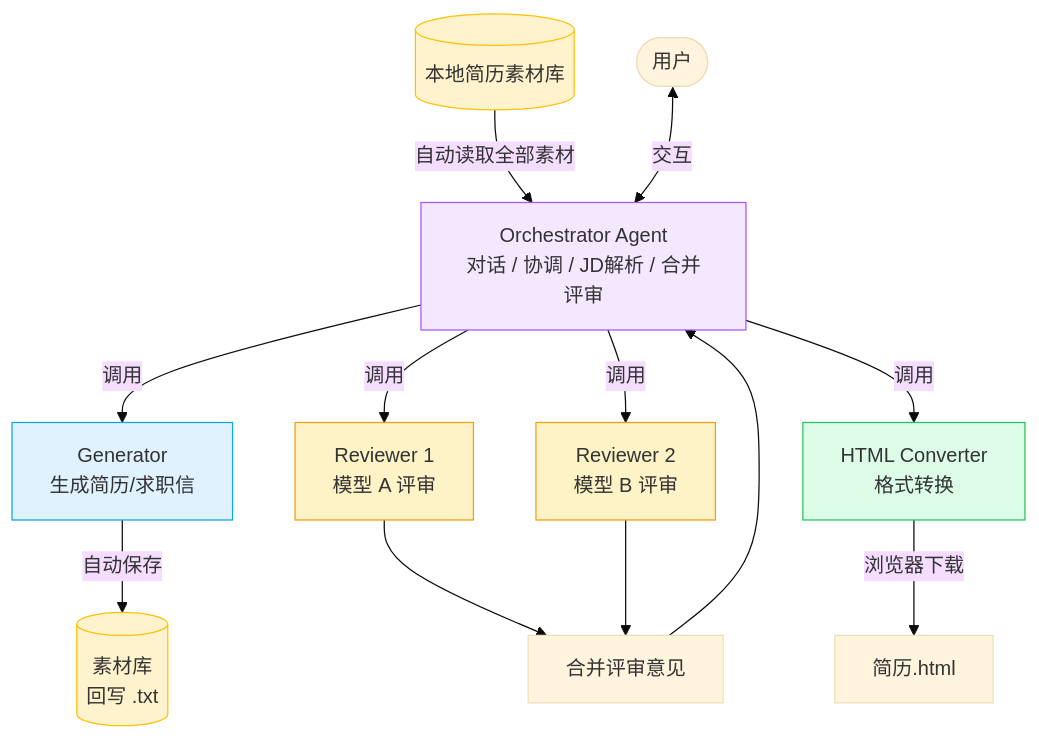
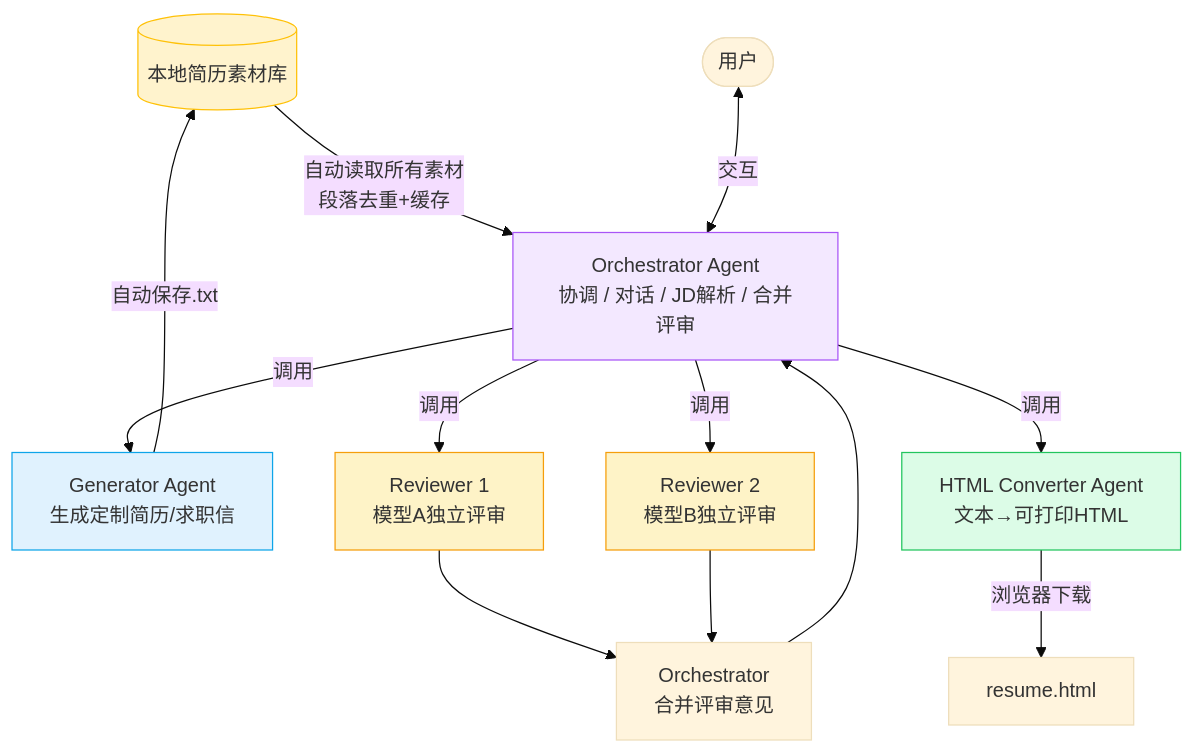
One commit to wukun2005-gif/resumeTailor changed the second of 8 diagrams in README.md. Above: the diagram before and after it, drawn with Mermaid (base theme). The commit also changed other lines of this file and 5 other files, not shown here.

````diff
--- a/README.md
+++ b/README.md
@@ -166,26 +134,25 @@
 ```mermaid
 flowchart TD
-    LIB[(本地简历素材库)] -->|自动读取全部素材| ORCH
+    LIB[(本地简历素材库)] -->|自动读取所有素材<br/>段落去重+缓存| ORCH
 
-    USER([用户]) <-->|交互| ORCH[Orchestrator Agent<br/>对话 / 协调 / JD解析 / 合并评审]
+    USER([用户]) <-->|交互| ORCH["Orchestrator Agent<br/>协调 / 对话 / JD解析 / 合并评审"]
 
-    ORCH -->|调用| GEN[Generator<br/>生成简历/求职信]
-    ORCH -->|调用| REV1[Reviewer 1<br/>模型 A 评审]
-    ORCH -->|调用| REV2[Reviewer 2<br/>模型 B 评审]
-    ORCH -->|调用| HTMLA[HTML Converter<br/>格式转换]
+    ORCH -->|调用| GEN["Generator Agent<br/>生成定制简历/求职信"]
+    ORCH -->|调用| REV1["Reviewer 1<br/>模型A独立评审"]
+    ORCH -->|调用| REV2["Reviewer 2<br/>模型B独立评审"]
+    ORCH -->|调用| HTMLA["HTML Converter Agent<br/>文本→可打印HTML"]
 
-    REV1 --> MERGE[合并评审意见]
+    REV1 --> MERGE["Orchestrator<br/>合并评审意见"]
     REV2 --> MERGE
     MERGE --> ORCH
 
-    GEN -->|自动保存| LIB2[(素材库<br/>回写 .txt)]
-    HTMLA -->|浏览器下载| DL[简历.html]
+    GEN -->|自动保存.txt| LIB
+    HTMLA -->|浏览器下载| DL["resume.html"]
 
     style LIB fill:#fff3cd,stroke:#ffc107
-    style LIB2 fill:#fff3cd,stroke:#ffc107
     style ORCH fill:#f3e8ff,stroke:#a855f7
     style GEN fill:#e0f2fe,stroke:#0ea5e9
     style REV1 fill:#fef3c7,stroke:#f59e0b
     style REV2 fill:#fef3c7,stroke:#f59e0b
     style HTMLA fill:#dcfce7,stroke:#22c55e
 ```
````
